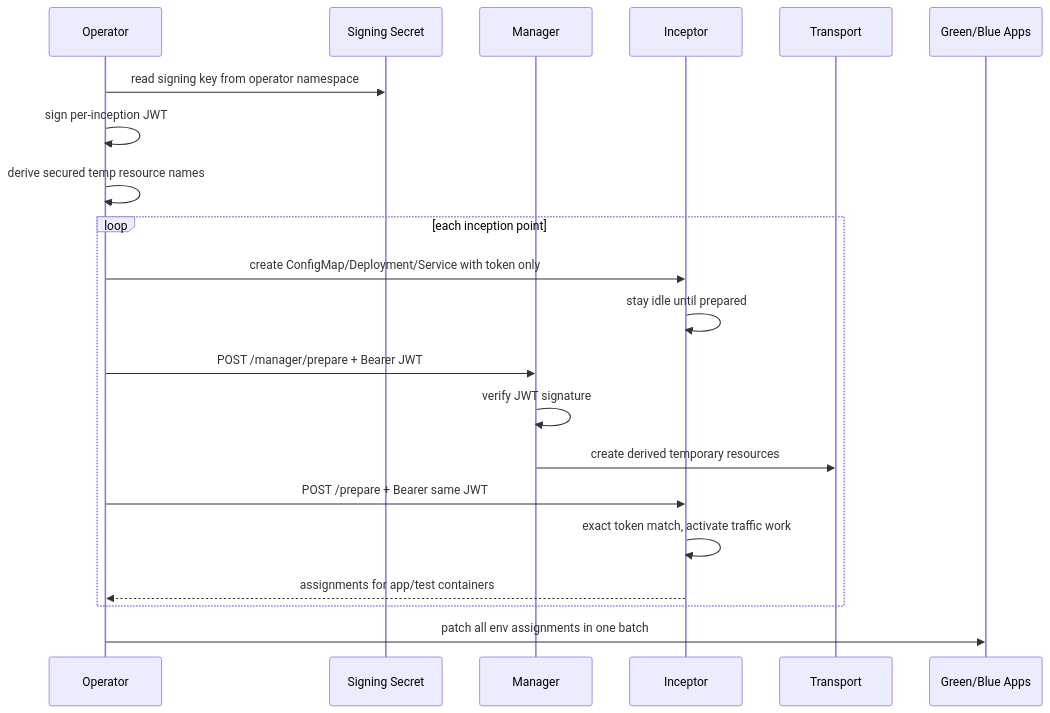
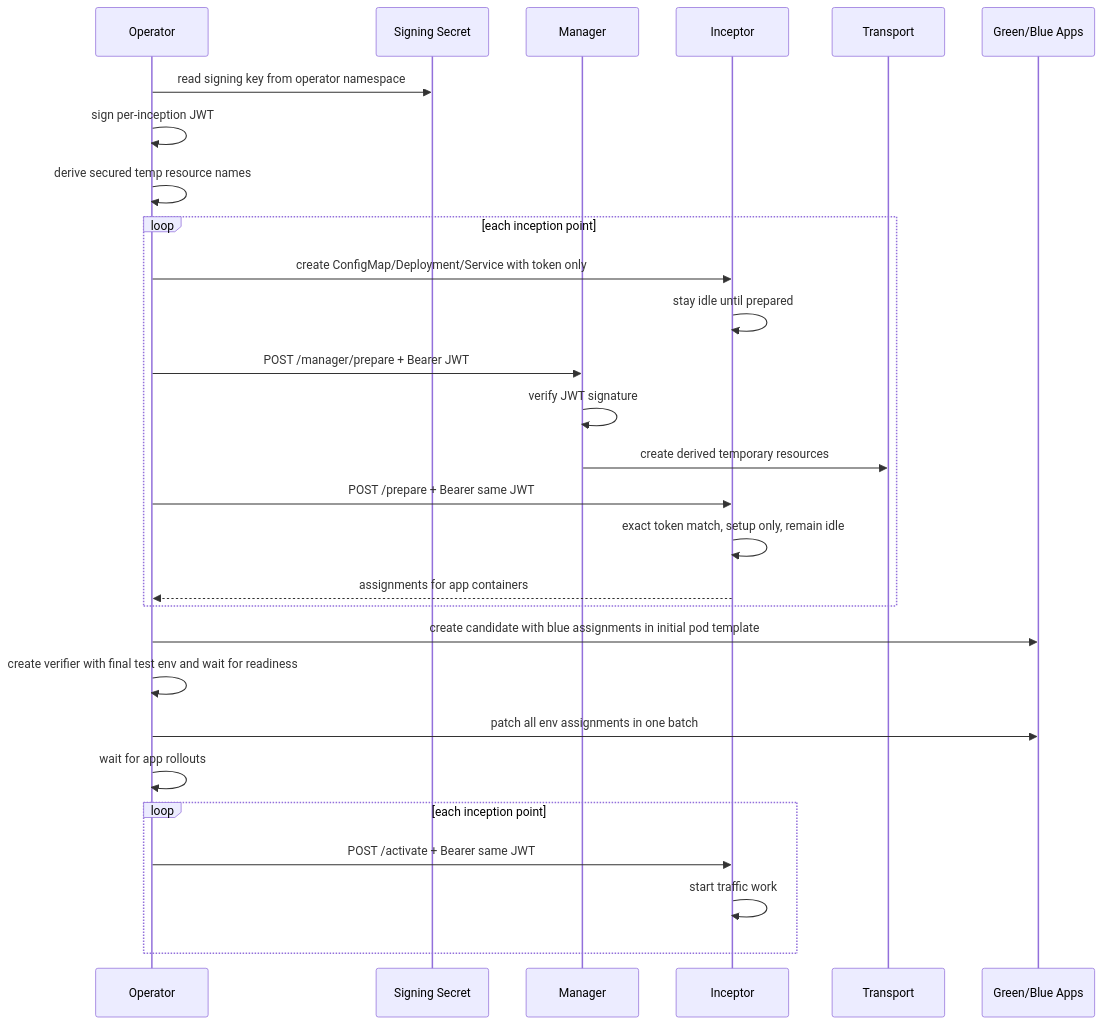
Before and after one commit to dlahmad/fluidbgoperator: the third of 5 diagrams in docs/reference/plugin-architecture.md, drawn with Mermaid. The commit also changed other lines of this file and 70 other files, not shown here.

````diff
--- a/docs/reference/plugin-architecture.md
+++ b/docs/reference/plugin-architecture.md
@@ -110,24 +115,31 @@
 ```mermaid
 sequenceDiagram
     participant O as Operator
     participant K as Signing Secret
     participant M as Manager
     participant I as Inceptor
     participant T as Transport
     participant A as Green/Blue Apps
 
     O->>K: read signing key from operator namespace
     O->>O: sign per-inception JWT
     O->>O: derive secured temp resource names
     loop each inception point
         O->>I: create ConfigMap/Deployment/Service with token only
         I->>I: stay idle until prepared
         O->>M: POST /manager/prepare + Bearer JWT
         M->>M: verify JWT signature
         M->>T: create derived temporary resources
         O->>I: POST /prepare + Bearer same JWT
-        I->>I: exact token match, activate traffic work
-        I-->>O: assignments for app/test containers
+        I->>I: exact token match, setup only, remain idle
+        I-->>O: assignments for app containers
     end
+    O->>A: create candidate with blue assignments in initial pod template
+    O->>O: create verifier with final test env and wait for readiness
     O->>A: patch all env assignments in one batch
+    O->>O: wait for app rollouts
+    loop each inception point
+        O->>I: POST /activate + Bearer same JWT
+        I->>I: start traffic work
+    end
 ```
````
